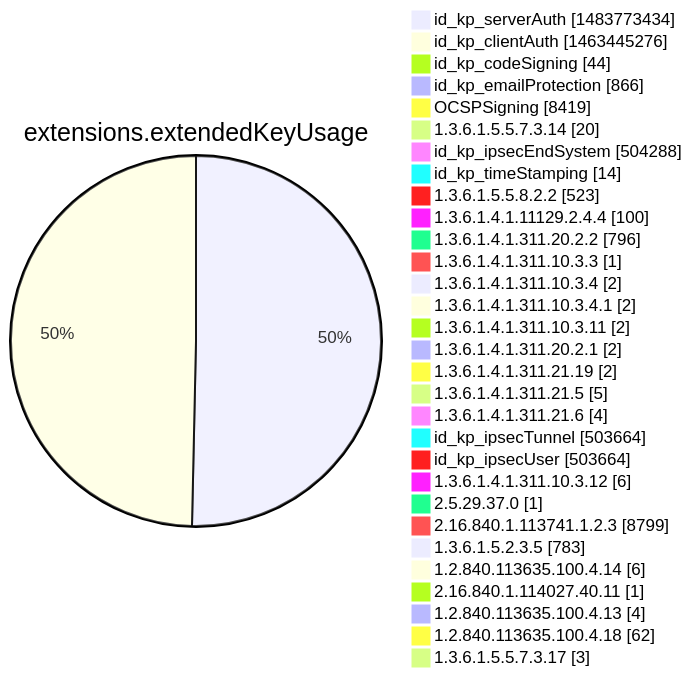
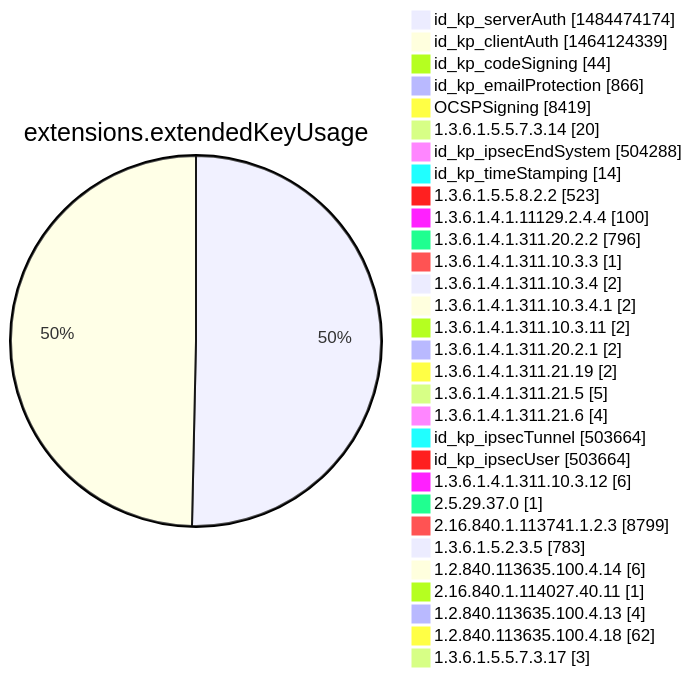
Diagram 12 of 15 in argon2022/README.md (christiankrug/ctmonitor_visualization), drawn with Mermaid before and after one commit. The commit also changed other lines of this file, not shown here.

````diff
--- a/argon2022/README.md
+++ b/argon2022/README.md
@@ -3555,34 +3555,34 @@
 ```mermaid
 pie showData
 title extensions.extendedKeyUsage
-"id_kp_serverAuth" :1483773434
-"id_kp_clientAuth" :1463445276
+"id_kp_serverAuth" :1484474174
+"id_kp_clientAuth" :1464124339
 "id_kp_codeSigning" :44
 "id_kp_emailProtection" :866
 "OCSPSigning" :8419
 "1.3.6.1.5.5.7.3.14" :20
 "id_kp_ipsecEndSystem" :504288
 "id_kp_timeStamping" :14
 "1.3.6.1.5.5.8.2.2" :523
 "1.3.6.1.4.1.11129.2.4.4" :100
 "1.3.6.1.4.1.311.20.2.2" :796
 "1.3.6.1.4.1.311.10.3.3" :1
 "1.3.6.1.4.1.311.10.3.4" :2
 "1.3.6.1.4.1.311.10.3.4.1" :2
 "1.3.6.1.4.1.311.10.3.11" :2
 "1.3.6.1.4.1.311.20.2.1" :2
 "1.3.6.1.4.1.311.21.19" :2
 "1.3.6.1.4.1.311.21.5" :5
 "1.3.6.1.4.1.311.21.6" :4
 "id_kp_ipsecTunnel" :503664
 "id_kp_ipsecUser" :503664
 "1.3.6.1.4.1.311.10.3.12" :6
 "2.5.29.37.0" :1
 "2.16.840.1.113741.1.2.3" :8799
 "1.3.6.1.5.2.3.5" :783
 "1.2.840.113635.100.4.14" :6
 "2.16.840.1.114027.40.11" :1
 "1.2.840.113635.100.4.13" :4
 "1.2.840.113635.100.4.18" :62
 "1.3.6.1.5.5.7.3.17" :3
 ```
````
